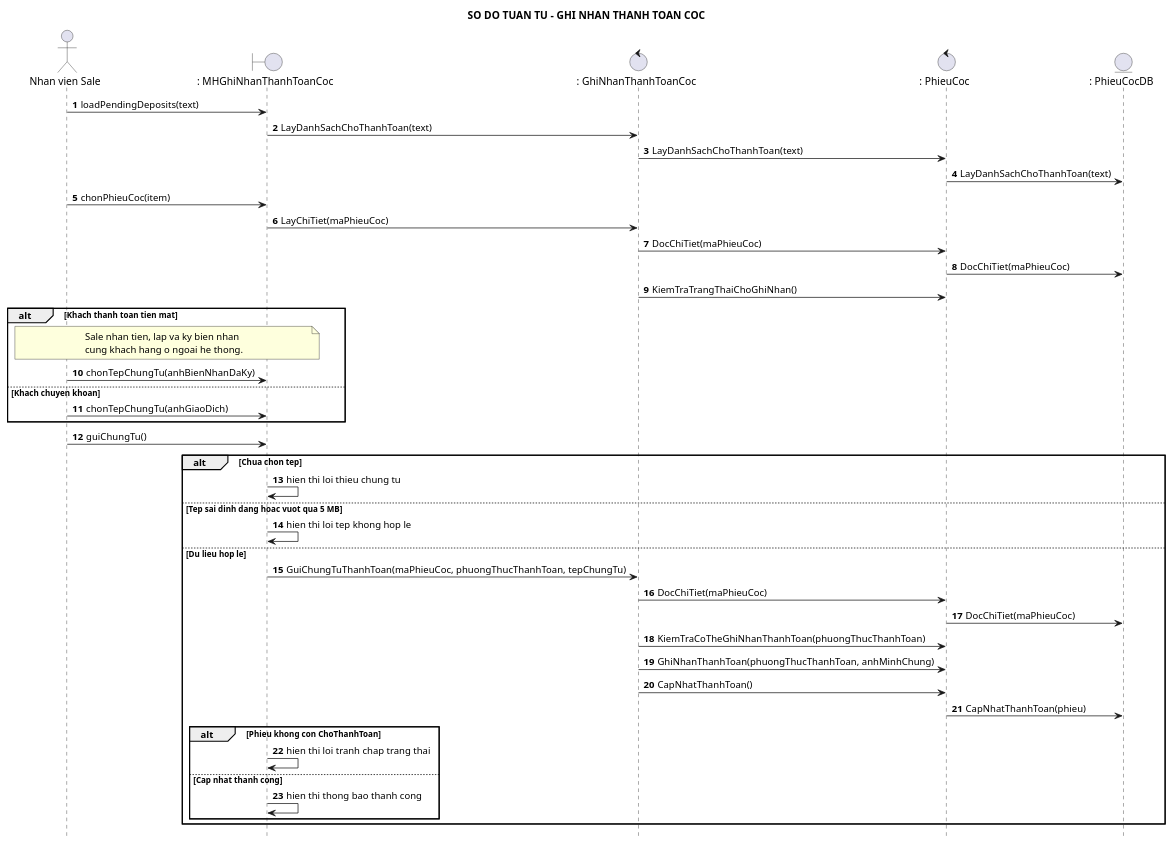
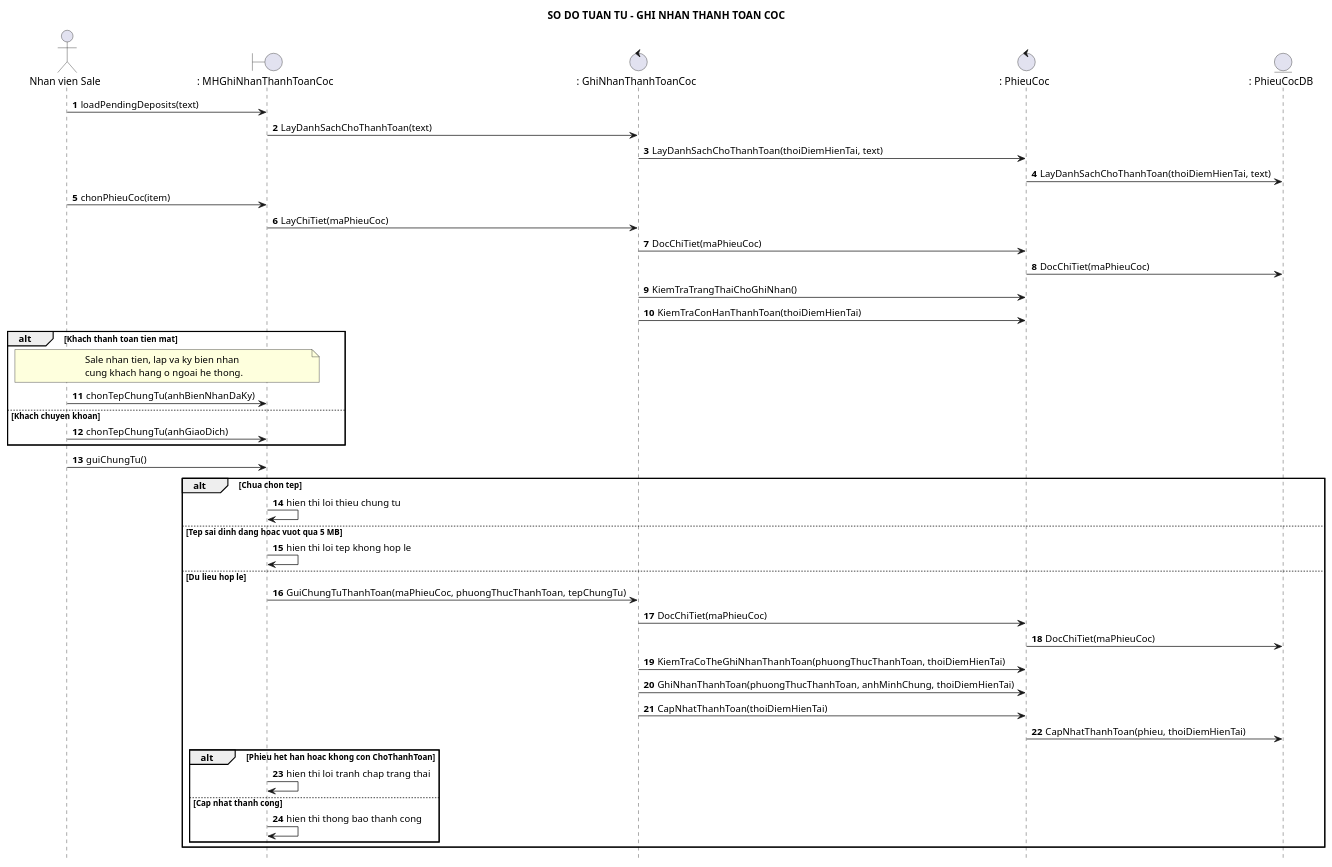
The diagram in docs/uml/ghi-nhan-thanh-toan-coc-sequence.puml (Ming1309/HomeStay-Dorm), drawn with PlantUML before and after one commit. The commit also changed 33 other files, not shown here.

```diff
--- a/docs/uml/ghi-nhan-thanh-toan-coc-sequence.puml
+++ b/docs/uml/ghi-nhan-thanh-toan-coc-sequence.puml
@@ -1,55 +1,56 @@
 @startuml
 title SO DO TUAN TU - GHI NHAN THANH TOAN COC
 
 hide footbox
 autonumber 1 1
 skinparam shadowing false
 
 actor "Nhan vien Sale" as NV
 boundary ": MHGhiNhanThanhToanCoc" as MH
 control ": GhiNhanThanhToanCoc" as GNTT
 control ": PhieuCoc" as PC
 entity ": PhieuCocDB" as PCDB
 
 NV -> MH : loadPendingDeposits(text)
 MH -> GNTT : LayDanhSachChoThanhToan(text)
-GNTT -> PC : LayDanhSachChoThanhToan(text)
-PC -> PCDB : LayDanhSachChoThanhToan(text)
+GNTT -> PC : LayDanhSachChoThanhToan(thoiDiemHienTai, text)
+PC -> PCDB : LayDanhSachChoThanhToan(thoiDiemHienTai, text)
 
 NV -> MH : chonPhieuCoc(item)
 MH -> GNTT : LayChiTiet(maPhieuCoc)
 GNTT -> PC : DocChiTiet(maPhieuCoc)
 PC -> PCDB : DocChiTiet(maPhieuCoc)
 GNTT -> PC : KiemTraTrangThaiChoGhiNhan()
+GNTT -> PC : KiemTraConHanThanhToan(thoiDiemHienTai)
 
 alt Khach thanh toan tien mat
   note over NV,MH
     Sale nhan tien, lap va ky bien nhan
     cung khach hang o ngoai he thong.
   end note
   NV -> MH : chonTepChungTu(anhBienNhanDaKy)
 else Khach chuyen khoan
   NV -> MH : chonTepChungTu(anhGiaoDich)
 end
 
 NV -> MH : guiChungTu()
 alt Chua chon tep
   MH -> MH : hien thi loi thieu chung tu
 else Tep sai dinh dang hoac vuot qua 5 MB
   MH -> MH : hien thi loi tep khong hop le
 else Du lieu hop le
   MH -> GNTT : GuiChungTuThanhToan(maPhieuCoc, phuongThucThanhToan, tepChungTu)
   GNTT -> PC : DocChiTiet(maPhieuCoc)
   PC -> PCDB : DocChiTiet(maPhieuCoc)
-  GNTT -> PC : KiemTraCoTheGhiNhanThanhToan(phuongThucThanhToan)
-  GNTT -> PC : GhiNhanThanhToan(phuongThucThanhToan, anhMinhChung)
-  GNTT -> PC : CapNhatThanhToan()
-  PC -> PCDB : CapNhatThanhToan(phieu)
-  alt Phieu khong con ChoThanhToan
+  GNTT -> PC : KiemTraCoTheGhiNhanThanhToan(phuongThucThanhToan, thoiDiemHienTai)
+  GNTT -> PC : GhiNhanThanhToan(phuongThucThanhToan, anhMinhChung, thoiDiemHienTai)
+  GNTT -> PC : CapNhatThanhToan(thoiDiemHienTai)
+  PC -> PCDB : CapNhatThanhToan(phieu, thoiDiemHienTai)
+  alt Phieu het han hoac khong con ChoThanhToan
     MH -> MH : hien thi loi tranh chap trang thai
   else Cap nhat thanh cong
     MH -> MH : hien thi thong bao thanh cong
   end
 end
 
 @enduml
```
